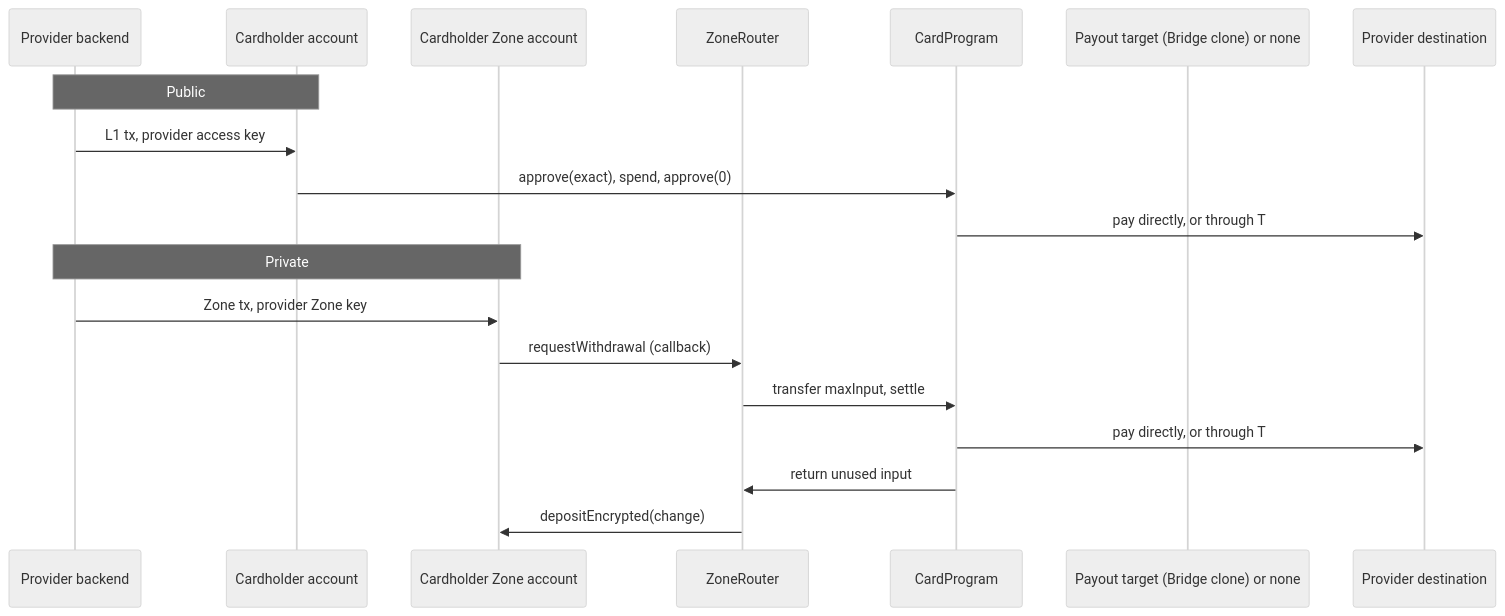
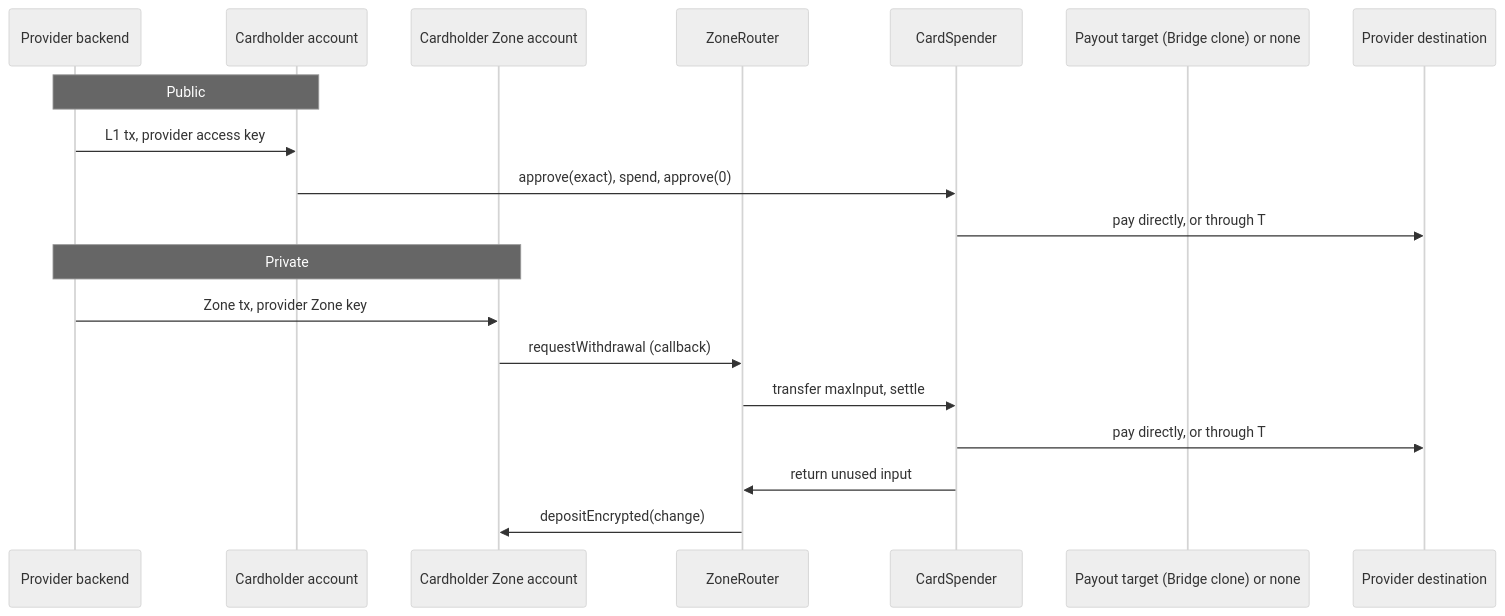
The diagram in docs/cards/design.md (tempoxyz/contracts), drawn with Mermaid (neutral theme) before and after one commit. The commit also changed other lines of this file and 66 other files, not shown here.

Commit message:
refactor(cards): rename CardProgram to CardSpender and issuers to providers

````diff
--- a/docs/cards/design.md
+++ b/docs/cards/design.md
@@ -50,21 +50,21 @@
 ```mermaid
 sequenceDiagram
     participant P as Provider backend
     participant A as Cardholder account
     participant Z as Cardholder Zone account
     participant R as ZoneRouter
-    participant C as CardProgram
+    participant C as CardSpender
     participant T as Payout target (Bridge clone) or none
     participant D as Provider destination
     Note over P,A: Public
     P->>A: L1 tx, provider access key
     A->>C: approve(exact), spend, approve(0)
     C->>D: pay directly, or through T
     Note over P,Z: Private
     P->>Z: Zone tx, provider Zone key
     Z->>R: requestWithdrawal (callback)
     R->>C: transfer maxInput, settle
     C->>D: pay directly, or through T
     C->>R: return unused input
     R->>Z: depositEncrypted(change)
 ```
````
